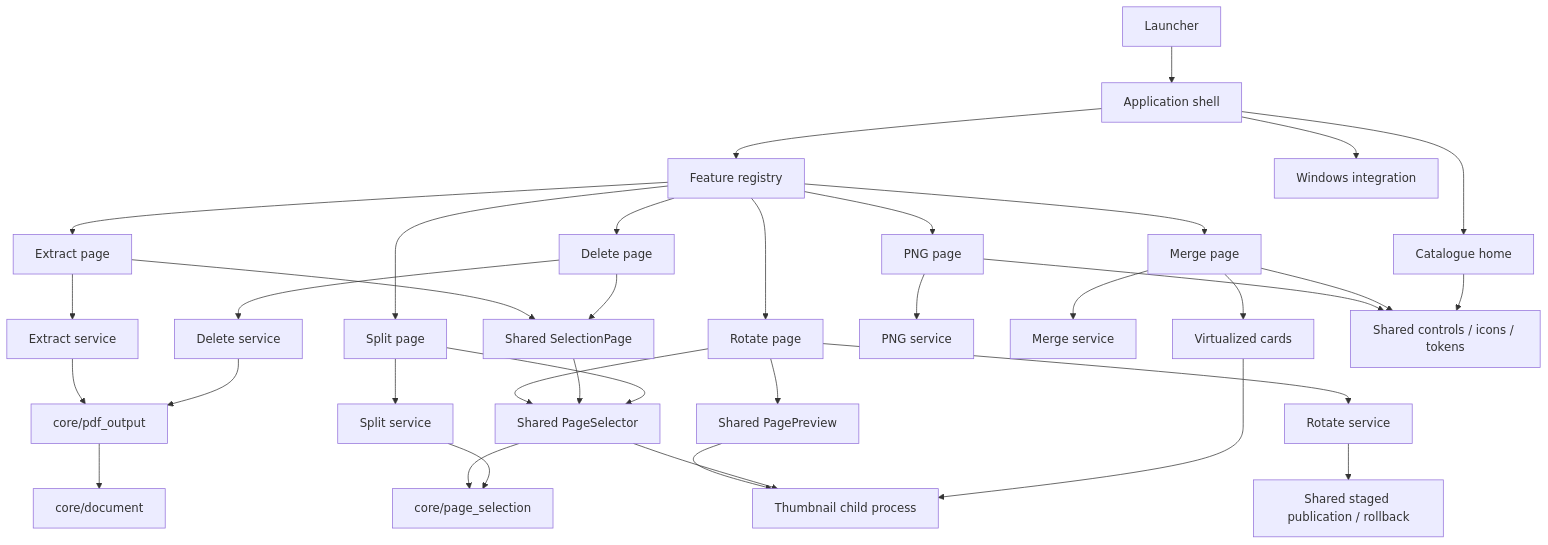
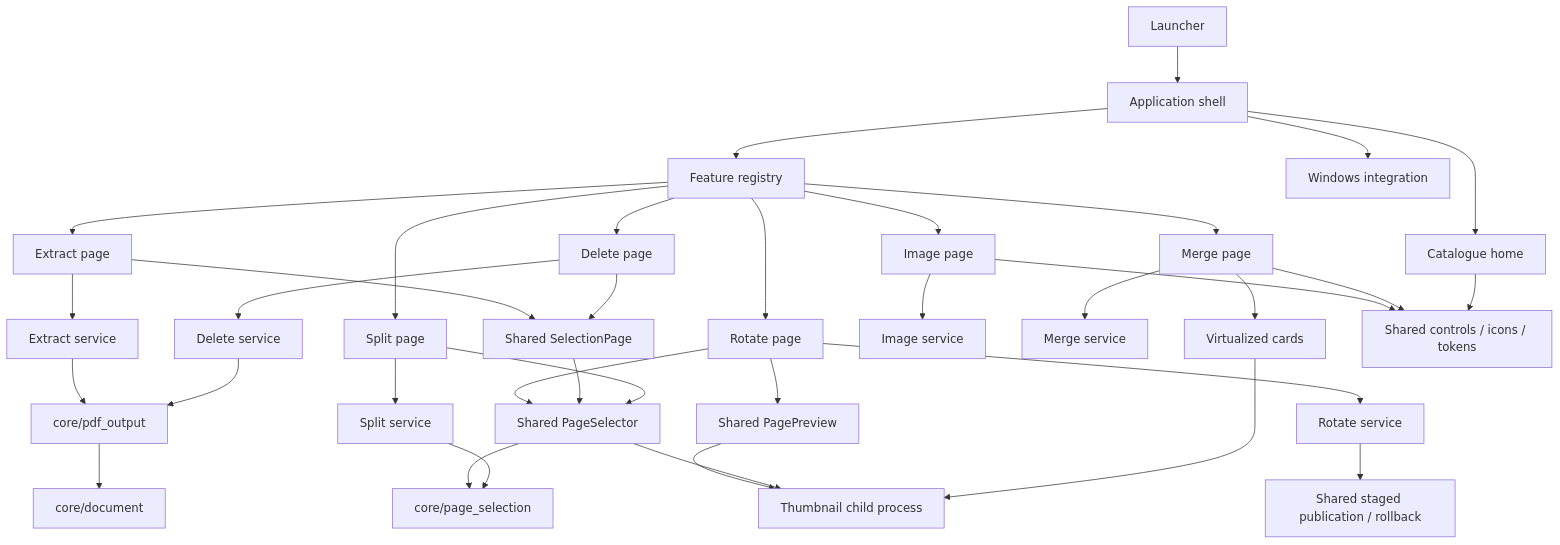
Before and after one commit to Ntdpz/PDF_LoveR: the diagram in docs/ARCHITECTURE.md, drawn with Mermaid. The commit also changed other lines of this file and 38 other files, not shown here.

````diff
--- a/docs/ARCHITECTURE.md
+++ b/docs/ARCHITECTURE.md
@@ -42,38 +42,38 @@
 ```mermaid
 flowchart TD
   Entry[Launcher] --> Shell[Application shell]
   Shell --> Registry[Feature registry]
   Shell --> Home[Catalogue home]
   Shell --> Windows[Windows integration]
-  Registry --> PNG[PNG page]
+  Registry --> PNG[Image page]
   Registry --> Merge[Merge page]
   Registry --> Rotate[Rotate page]
   Rotate --> RotateEngine[Rotate service]
   Rotate --> Comparison[Shared PagePreview]
   Rotate --> Selector
   RotateEngine --> Publication[Shared staged publication / rollback]
   Comparison --> Preview
   Registry --> Extract[Extract page]
   Registry --> Delete[Delete page]
   Extract --> Workbench[Shared SelectionPage]
   Delete --> Workbench
   Workbench --> Selector
   Extract --> ExtractEngine[Extract service]
   Delete --> DeleteEngine[Delete service]
   ExtractEngine --> SafeExport[core/pdf_output]
   DeleteEngine --> SafeExport
   SafeExport --> Document[core/document]
   Registry --> Split[Split page]
   Split --> SplitEngine[Split service]
   Split --> Selector[Shared PageSelector]
   Selector --> Selection[core/page_selection]
   SplitEngine --> Selection
   Selector --> Preview
-  PNG --> PNGEngine[PNG service]
+  PNG --> PNGEngine[Image service]
   Merge --> MergeEngine[Merge service]
   Merge --> Cards[Virtualized cards]
   Cards --> Preview[Thumbnail child process]
   PNG --> UI[Shared controls / icons / tokens]
   Merge --> UI
   Home --> UI
 ```
````
